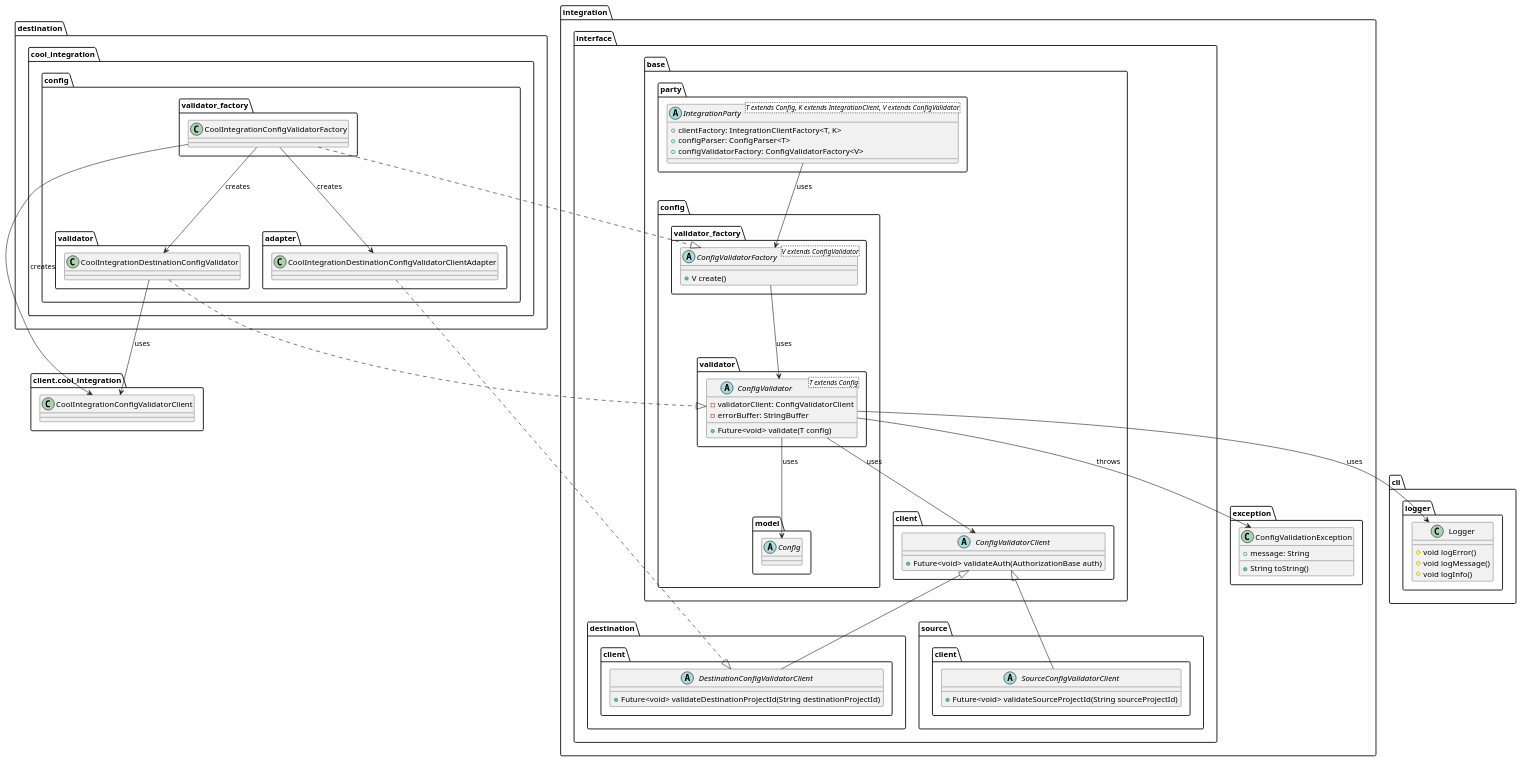
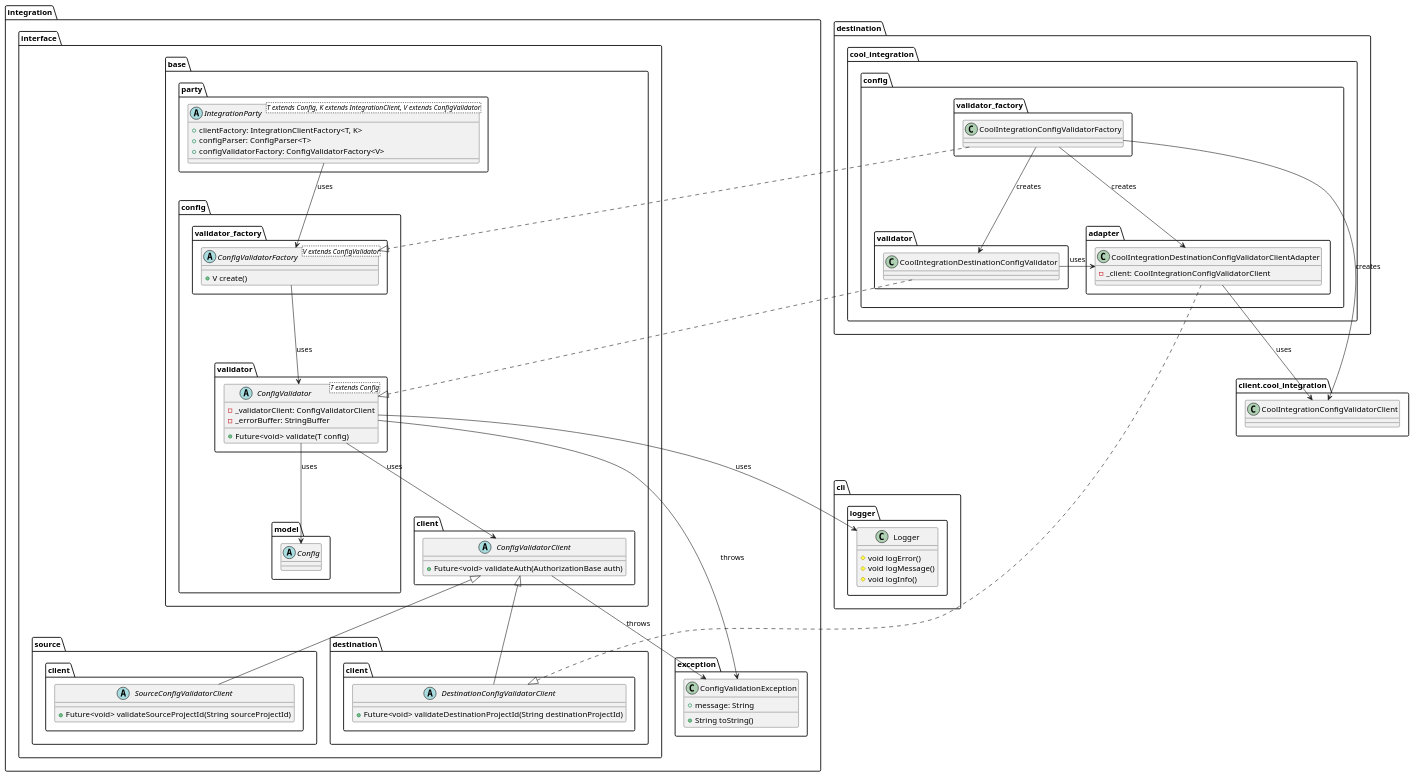
One commit to Flank/flank-dashboard changed the diagram in metrics/ci_integrations/docs/diagrams/ci_integrations_config_validator_class_diagram.puml. Above: the diagram before and after it, drawn with PlantUML.

Commit message:
Update class diagram

```diff
--- a/metrics/ci_integrations/docs/diagrams/ci_integrations_config_validator_class_diagram.puml
+++ b/metrics/ci_integrations/docs/diagrams/ci_integrations_config_validator_class_diagram.puml
@@ -1,115 +1,119 @@
 @startuml ci_integrations_config_validator_class_diagram
 
     package integration {
         package interface {
             package base {
                 package party {
                     abstract class IntegrationParty<T extends Config, K extends IntegrationClient, V extends ConfigValidator> {
                         + clientFactory: IntegrationClientFactory<T, K>
                         + configParser: ConfigParser<T>
                         + configValidatorFactory: ConfigValidatorFactory<V>
                     }
                 }
 
                 package client {
                     abstract class ConfigValidatorClient {
                         + Future<void> validateAuth(AuthorizationBase auth)
                     }
                 }
 
                 package config {
                     package model {
                         abstract class Config {}
                     }
 
                     package validator {
                         abstract class ConfigValidator<T extends Config> {
-                            - validatorClient: ConfigValidatorClient
-                            - errorBuffer: StringBuffer
+                            - _validatorClient: ConfigValidatorClient
+                            - _errorBuffer: StringBuffer
                             + Future<void> validate(T config)
                         }
                     }
 
                     package validator_factory {
                         abstract class ConfigValidatorFactory<V extends ConfigValidator> {
                             + V create()
                         }
                     }
                 }
             }
 
             package source {
                 package client as source_client {
                     abstract class SourceConfigValidatorClient {
                         + Future<void> validateSourceProjectId(String sourceProjectId)
                     }
                 }
             }
 
             package destination {
                 package client as destination_client {
                     abstract class DestinationConfigValidatorClient {
                         + Future<void> validateDestinationProjectId(String destinationProjectId)
                     }
                 }
             }
         }
 
         package exception {
             class ConfigValidationException {
                 + message: String
                 + String toString()
             }
         }
     }
 
     package destination.cool_integration {
         package config as cool_integration_config {
             package validator as cool_integration_validator {
                 class CoolIntegrationDestinationConfigValidator {}
             }
 
             package validator_factory as cool_integration_validator_validator_factory {
                 class CoolIntegrationConfigValidatorFactory {}
             }
 
             package adapter {
-                class CoolIntegrationDestinationConfigValidatorClientAdapter {}
+                class CoolIntegrationDestinationConfigValidatorClientAdapter {
+                    - _client: CoolIntegrationConfigValidatorClient
+                }
             }
         }
     }
 
      package client.cool_integration as client_cool_integration {
         class CoolIntegrationConfigValidatorClient {}
     }
 
     package cli.logger {
         class Logger {
             # void logError()
             # void logMessage()
             # void logInfo()
         }
     }
 
     IntegrationParty --> ConfigValidatorFactory : uses
 
     ConfigValidatorFactory --> ConfigValidator : uses
 
     ConfigValidator --> ConfigValidatorClient : uses
     ConfigValidator --> ConfigValidationException : throws
+    ConfigValidatorClient --> ConfigValidationException : throws
     ConfigValidator --> Logger : uses
     ConfigValidator --> Config : uses
 
     SourceConfigValidatorClient --up|> ConfigValidatorClient
     DestinationConfigValidatorClient --up|> ConfigValidatorClient
 
     CoolIntegrationDestinationConfigValidatorClientAdapter ..|> DestinationConfigValidatorClient
 
     CoolIntegrationDestinationConfigValidator ..|> ConfigValidator
-    CoolIntegrationDestinationConfigValidator --> CoolIntegrationConfigValidatorClient : uses
+    CoolIntegrationDestinationConfigValidator -left-> CoolIntegrationDestinationConfigValidatorClientAdapter : uses
+    CoolIntegrationDestinationConfigValidatorClientAdapter -down-> CoolIntegrationConfigValidatorClient : uses
     CoolIntegrationConfigValidatorFactory ..|> ConfigValidatorFactory
     CoolIntegrationConfigValidatorFactory --> CoolIntegrationDestinationConfigValidator : creates
     CoolIntegrationConfigValidatorFactory --> CoolIntegrationConfigValidatorClient : creates
     CoolIntegrationConfigValidatorFactory --> CoolIntegrationDestinationConfigValidatorClientAdapter : creates
 
 @enduml
```
